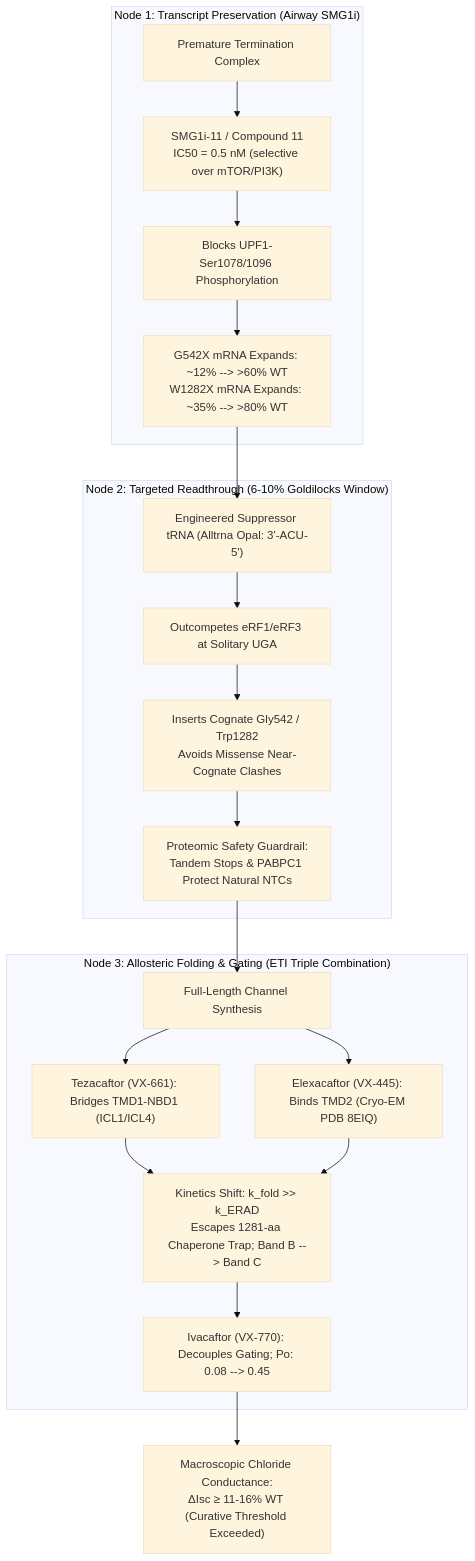
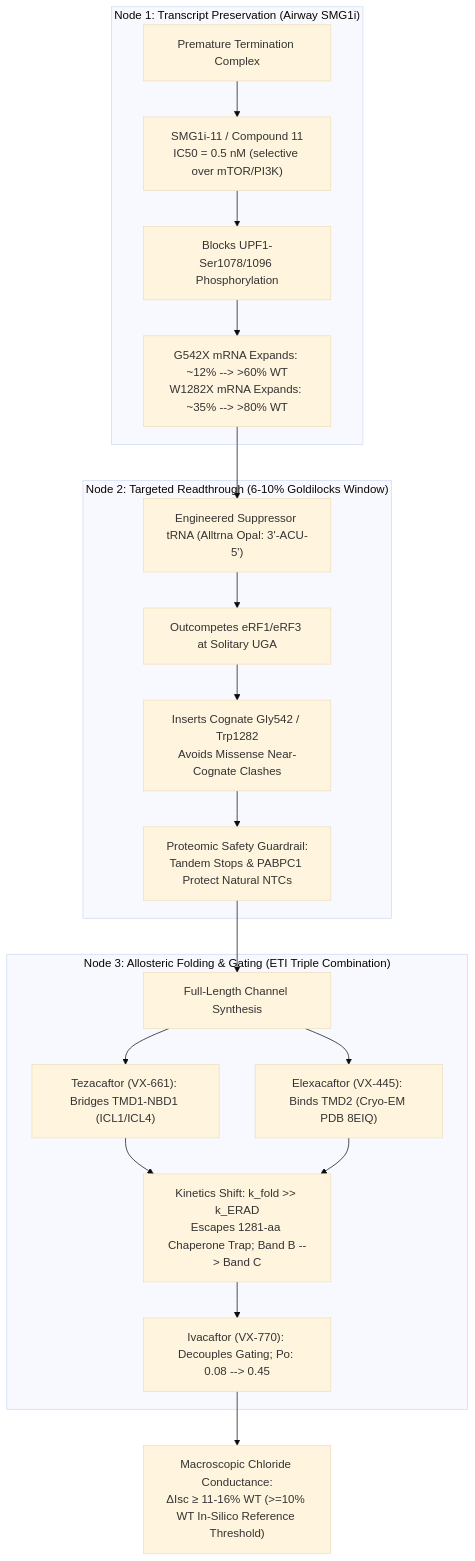
One commit to senseiewok/cf-research changed the diagram in landscape/discovery-ptc-trimodal-kinetics.md. Above: the diagram before and after it, drawn with Mermaid (base theme). The commit also changed 34 other files, not shown here.

````diff
--- a/landscape/discovery-ptc-trimodal-kinetics.md
+++ b/landscape/discovery-ptc-trimodal-kinetics.md
@@ -96,25 +96,25 @@
 ```mermaid
 flowchart TD
     subgraph SMG1_Rescue["Node 1: Transcript Preservation (Airway SMG1i)"]
         A1["Premature Termination Complex"] --> A2["SMG1i-11 / Compound 11<br/>IC50 = 0.5 nM (selective over mTOR/PI3K)"]
         A2 --> A3["Blocks UPF1-Ser1078/1096 Phosphorylation"]
         A3 --> A4["G542X mRNA Expands: ~12% --> >60% WT<br/>W1282X mRNA Expands: ~35% --> >80% WT"]
     end
 
     subgraph Suppressor_tRNA["Node 2: Targeted Readthrough (6-10% Goldilocks Window)"]
         A4 --> B1["Engineered Suppressor tRNA (Alltrna Opal: 3'-ACU-5')"]
         B1 --> B2["Outcompetes eRF1/eRF3 at Solitary UGA"]
         B2 --> B3["Inserts Cognate Gly542 / Trp1282<br/>Avoids Missense Near-Cognate Clashes"]
         B3 --> B4["Proteomic Safety Guardrail:<br/>Tandem Stops & PABPC1 Protect Natural NTCs"]
     end
 
     subgraph Allosteric_Rescue["Node 3: Allosteric Folding & Gating (ETI Triple Combination)"]
         B4 --> C1["Full-Length Channel Synthesis"]
         C1 --> C2["Tezacaftor (VX-661): Bridges TMD1-NBD1 (ICL1/ICL4)"]
         C1 --> C3["Elexacaftor (VX-445): Binds TMD2 (Cryo-EM PDB 8EIQ)"]
         C2 & C3 --> C4["Kinetics Shift: k_fold >> k_ERAD<br/>Escapes 1281-aa Chaperone Trap; Band B --> Band C"]
         C4 --> C5["Ivacaftor (VX-770): Decouples Gating; Po: 0.08 --> 0.45"]
     end
 
-    C5 --> Curative_Outcome["Macroscopic Chloride Conductance:<br/>ΔIsc ≥ 11-16% WT (Curative Threshold Exceeded)"]
+    C5 --> Curative_Outcome["Macroscopic Chloride Conductance:<br/>ΔIsc ≥ 11-16% WT (>=10% WT In-Silico Reference Threshold)"]
 ```
````
